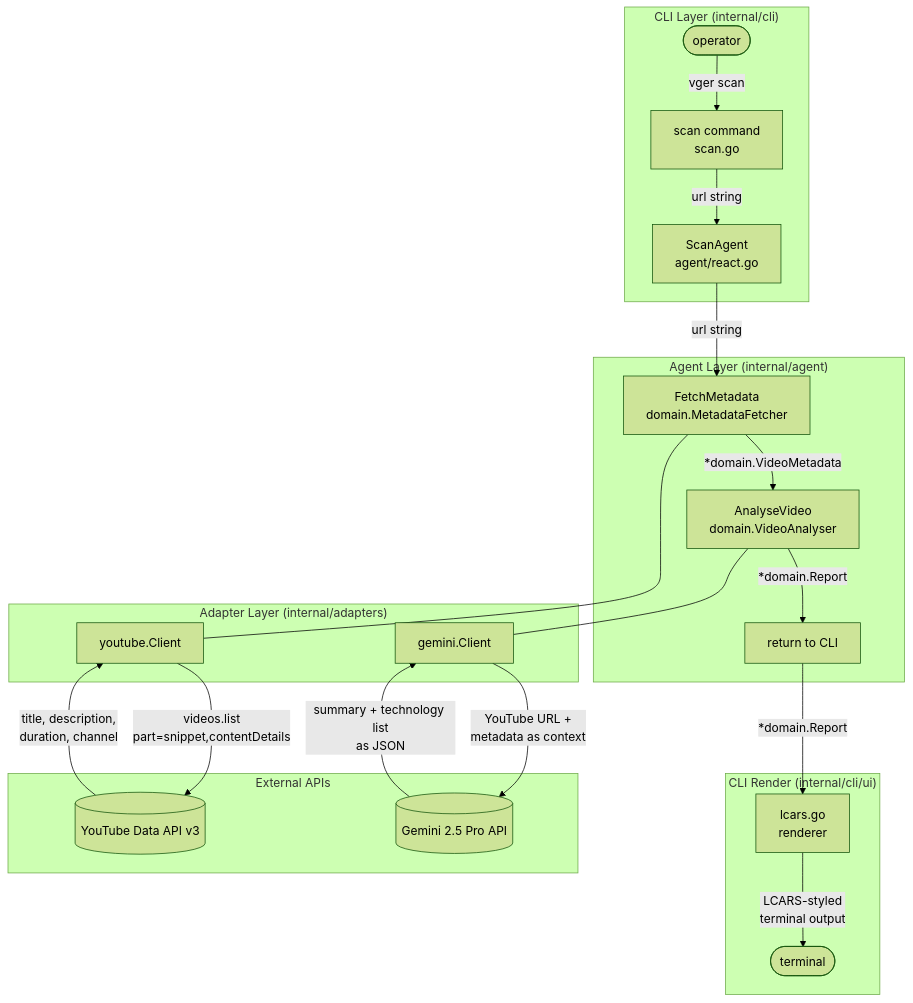
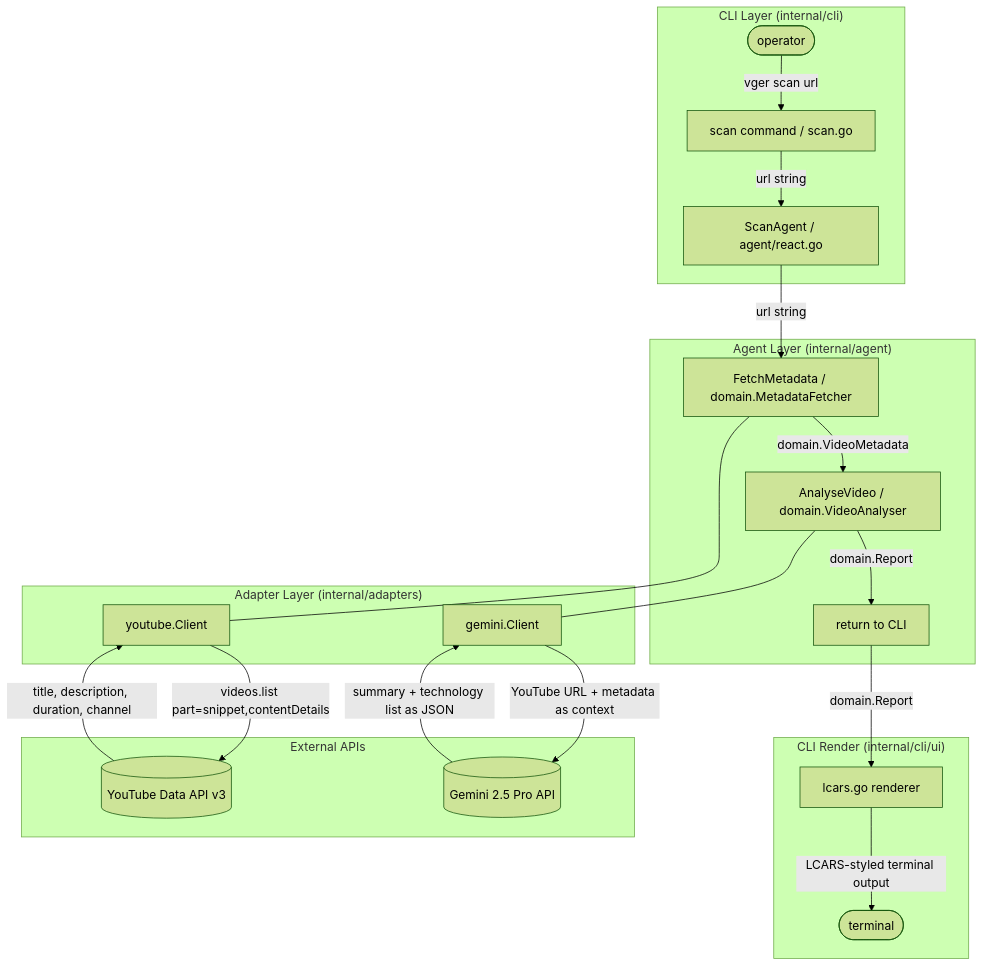
Before and after one commit to costap/vger: the first of 3 diagrams in docs/dataflow.md, drawn with Mermaid (forest theme). The commit also changed other lines of this file and 1 other file, not shown here.

Commit message:
update flow

````diff
--- a/docs/dataflow.md
+++ b/docs/dataflow.md
@@ -9,30 +9,30 @@
 ```mermaid
 flowchart TD
     subgraph CLI ["CLI Layer (internal/cli)"]
-        A([operator]) -->|"vger scan <url>"| B[scan command\nscan.go]
-        B -->|"url string"| C[ScanAgent\nagent/react.go]
+        A([operator]) -->|"vger scan url"| B["scan command / scan.go"]
+        B -->|"url string"| C["ScanAgent / agent/react.go"]
     end
 
     subgraph Agent ["Agent Layer (internal/agent)"]
-        C -->|"url string"| D[FetchMetadata\ndomain.MetadataFetcher]
-        D -->|"*domain.VideoMetadata"| E[AnalyseVideo\ndomain.VideoAnalyser]
-        E -->|"*domain.Report"| F[return to CLI]
+        C -->|"url string"| D["FetchMetadata / domain.MetadataFetcher"]
+        D -->|"domain.VideoMetadata"| E["AnalyseVideo / domain.VideoAnalyser"]
+        E -->|"domain.Report"| F[return to CLI]
     end
 
     subgraph Adapters ["Adapter Layer (internal/adapters)"]
         D --- G[youtube.Client]
         E --- H[gemini.Client]
     end
 
     subgraph External ["External APIs"]
-        G -->|"videos.list\npart=snippet,contentDetails"| I[(YouTube Data API v3)]
-        I -->|"title, description,\nduration, channel"| G
-        H -->|"YouTube URL +\nmetadata as context"| J[(Gemini 2.5 Pro API)]
-        J -->|"summary + technology list\nas JSON"| H
+        G -->|"videos.list part=snippet,contentDetails"| I[(YouTube Data API v3)]
+        I -->|"title, description, duration, channel"| G
+        H -->|"YouTube URL + metadata as context"| J[(Gemini 2.5 Pro API)]
+        J -->|"summary + technology list as JSON"| H
     end
 
     subgraph Render ["CLI Render (internal/cli/ui)"]
-        F -->|"*domain.Report"| K[lcars.go\nrenderer]
-        K -->|"LCARS-styled\nterminal output"| L([terminal])
+        F -->|"domain.Report"| K["lcars.go renderer"]
+        K -->|"LCARS-styled terminal output"| L([terminal])
     end
 ```
````
